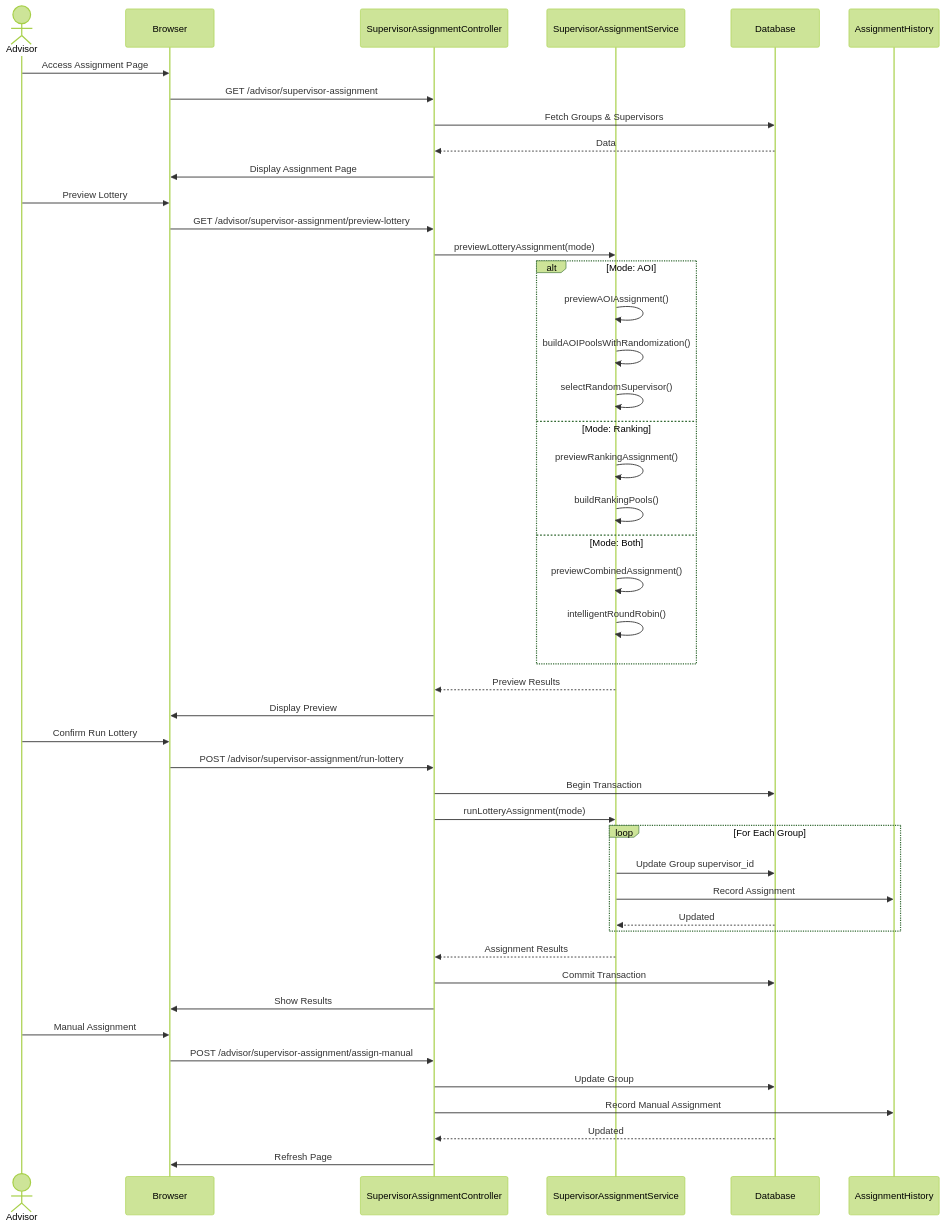
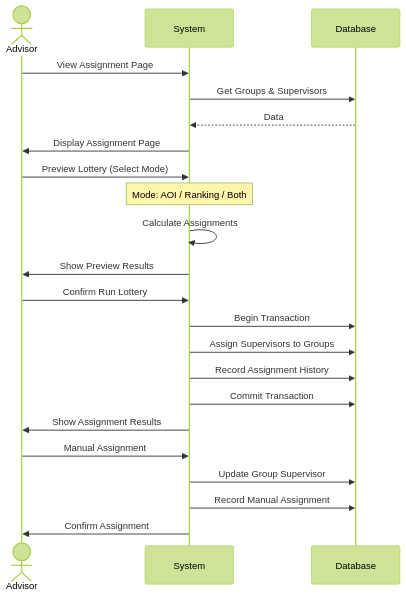
Before and after one commit to abdullah2323442/thesisrepo-backup: the seventh of 19 diagrams in documentation/sequence-diagrams.md, drawn with Mermaid (forest theme). The commit also changed other lines of this file, not shown here.

````diff
--- a/documentation/sequence-diagrams.md
+++ b/documentation/sequence-diagrams.md
@@ -295,56 +194,28 @@
 ```mermaid
 sequenceDiagram
     actor Advisor
-    participant Browser
-    participant SupervisorAssignmentController
-    participant SupervisorAssignmentService
+    participant System
     participant Database
-    participant AssignmentHistory
 
-    Advisor->>Browser: Access Assignment Page
-    Browser->>SupervisorAssignmentController: GET /advisor/supervisor-assignment
-    SupervisorAssignmentController->>Database: Fetch Groups & Supervisors
-    Database-->>SupervisorAssignmentController: Data
-    SupervisorAssignmentController->>Browser: Display Assignment Page
+    Advisor->>System: View Assignment Page
+    System->>Database: Get Groups & Supervisors
+    Database-->>System: Data
+    System->>Advisor: Display Assignment Page
     
-    Advisor->>Browser: Preview Lottery
-    Browser->>SupervisorAssignmentController: GET /advisor/supervisor-assignment/preview-lottery
-    SupervisorAssignmentController->>SupervisorAssignmentService: previewLotteryAssignment(mode)
+    Advisor->>System: Preview Lottery (Select Mode)
+    Note over System: Mode: AOI / Ranking / Both
+    System->>System: Calculate Assignments
+    System->>Advisor: Show Preview Results
     
-    alt Mode: AOI
-        SupervisorAssignmentService->>SupervisorAssignmentService: previewAOIAssignment()
-        SupervisorAssignmentService->>SupervisorAssignmentService: buildAOIPoolsWithRandomization()
-        SupervisorAssignmentService->>SupervisorAssignmentService: selectRandomSupervisor()
-    else Mode: Ranking
-        SupervisorAssignmentService->>SupervisorAssignmentService: previewRankingAssignment()
-        SupervisorAssignmentService->>SupervisorAssignmentService: buildRankingPools()
-    else Mode: Both
-        SupervisorAssignmentService->>SupervisorAssignmentService: previewCombinedAssignment()
-        SupervisorAssignmentService->>SupervisorAssignmentService: intelligentRoundRobin()
-    end
+    Advisor->>System: Confirm Run Lottery
+    System->>Database: Begin Transaction
+    System->>Database: Assign Supervisors to Groups
+    System->>Database: Record Assignment History
+    System->>Database: Commit Transaction
+    System->>Advisor: Show Assignment Results
     
-    SupervisorAssignmentService-->>SupervisorAssignmentController: Preview Results
-    SupervisorAssignmentController->>Browser: Display Preview
-    
-    Advisor->>Browser: Confirm Run Lottery
-    Browser->>SupervisorAssignmentController: POST /advisor/supervisor-assignment/run-lottery
-    SupervisorAssignmentController->>Database: Begin Transaction
-    SupervisorAssignmentController->>SupervisorAssignmentService: runLotteryAssignment(mode)
-    
-    loop For Each Group
-        SupervisorAssignmentService->>Database: Update Group supervisor_id
-        SupervisorAssignmentService->>AssignmentHistory: Record Assignment
-        Database-->>SupervisorAssignmentService: Updated
-    end
-    
-    SupervisorAssignmentService-->>SupervisorAssignmentController: Assignment Results
-    SupervisorAssignmentController->>Database: Commit Transaction
-    SupervisorAssignmentController->>Browser: Show Results
-    
-    Advisor->>Browser: Manual Assignment
-    Browser->>SupervisorAssignmentController: POST /advisor/supervisor-assignment/assign-manual
-    SupervisorAssignmentController->>Database: Update Group
-    SupervisorAssignmentController->>AssignmentHistory: Record Manual Assignment
-    Database-->>SupervisorAssignmentController: Updated
-    SupervisorAssignmentController->>Browser: Refresh Page
+    Advisor->>System: Manual Assignment
+    System->>Database: Update Group Supervisor
+    System->>Database: Record Manual Assignment
+    System->>Advisor: Confirm Assignment
 ```
````
